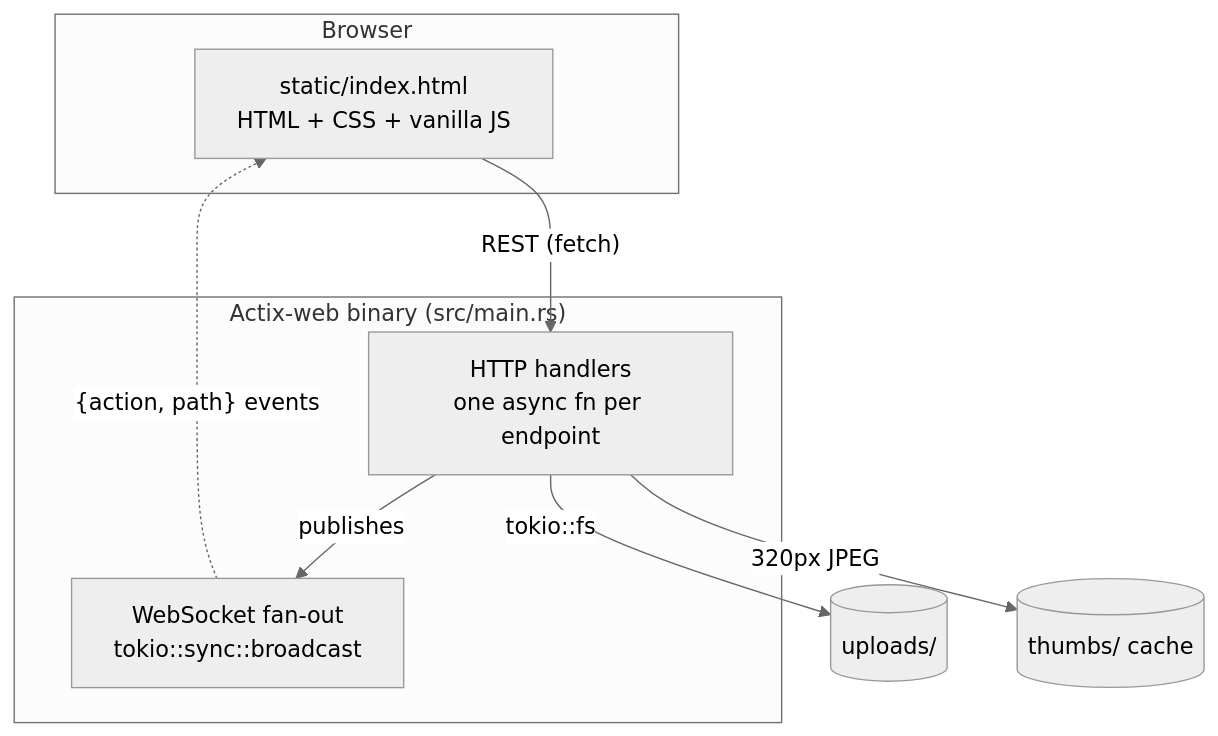
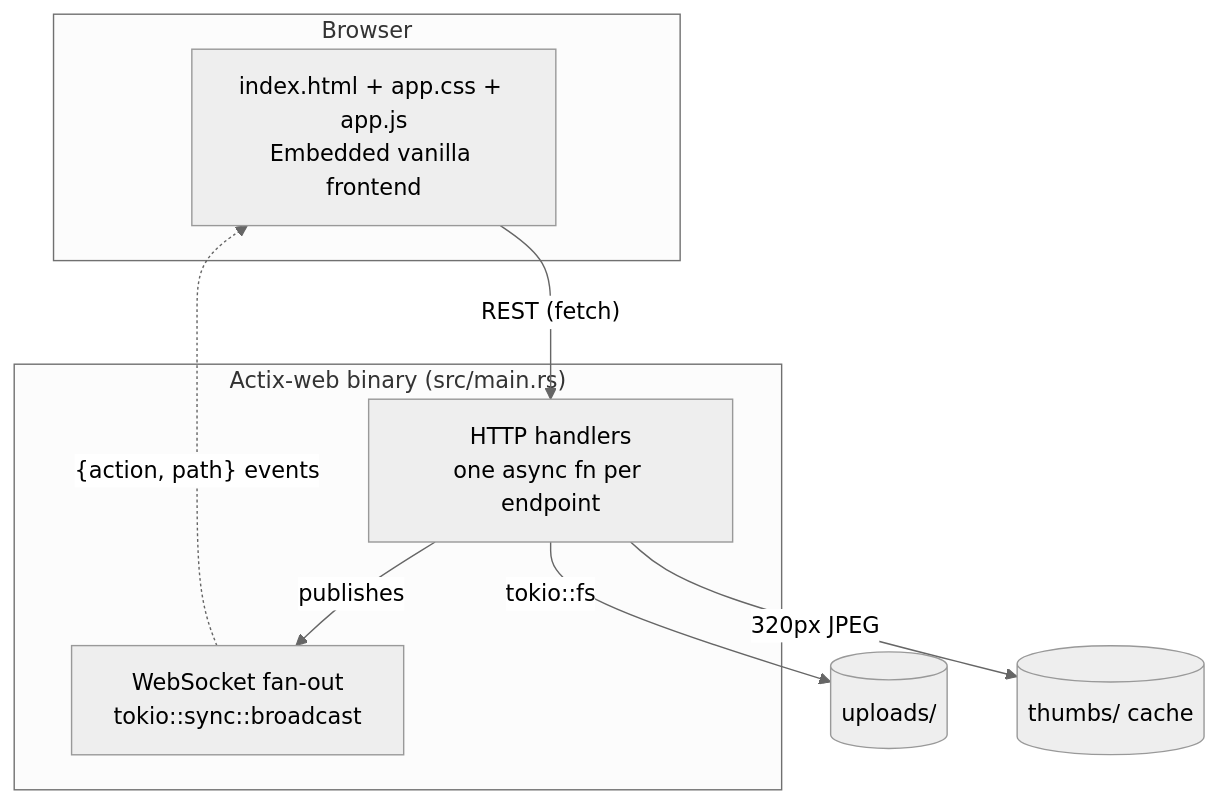
Before and after one commit to adminbjkai/boxy: the diagram in fern/pages/reference/architecture.mdx, drawn with Mermaid (neutral theme). The commit also changed other lines of this file and 64 other files, not shown here.

````diff
--- a/fern/pages/reference/architecture.mdx
+++ b/fern/pages/reference/architecture.mdx
@@ -10,17 +10,17 @@
 ```mermaid
 flowchart TB
     subgraph Browser
-        UI["static/index.html<br/>HTML + CSS + vanilla JS"]
+        UI["index.html + app.css + app.js<br/>Embedded vanilla frontend"]
     end
     subgraph Server["Actix-web binary (src/main.rs)"]
         H["HTTP handlers<br/>one async fn per endpoint"]
         WS["WebSocket fan-out<br/>tokio::sync::broadcast"]
     end
     U[("uploads/")]
     T[("thumbs/ cache")]
     UI -- "REST (fetch)" --> H
     WS -. "{action, path} events" .-> UI
     H -- publishes --> WS
     H -- "tokio::fs" --> U
     H -- "320px JPEG" --> T
 ```
````
